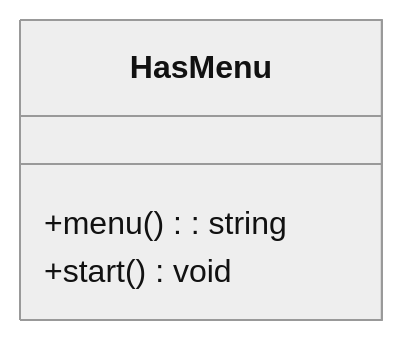
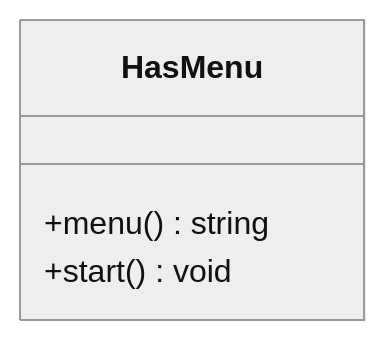
One commit to wakeupmisterwest/CS121_project_10 changed the diagram in README.md. Above: the diagram before and after it, drawn with Mermaid (neutral theme).

Commit message:
Fix formatting of mermaid class diagram in README

````diff
--- a/README.md
+++ b/README.md
@@ -1,7 +1,7 @@
 ```mermaid
 classDiagram
   class HasMenu {
-      +menu(): string
+      +menu() string
       +start() void
   }
 ```
````
